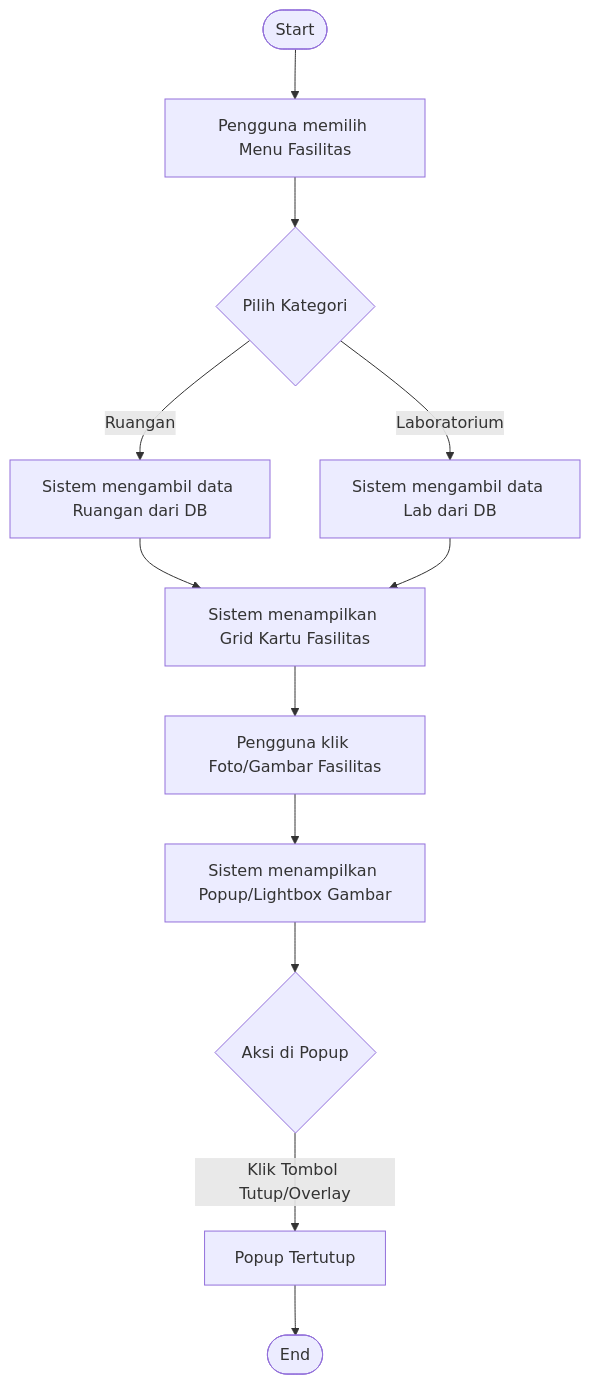
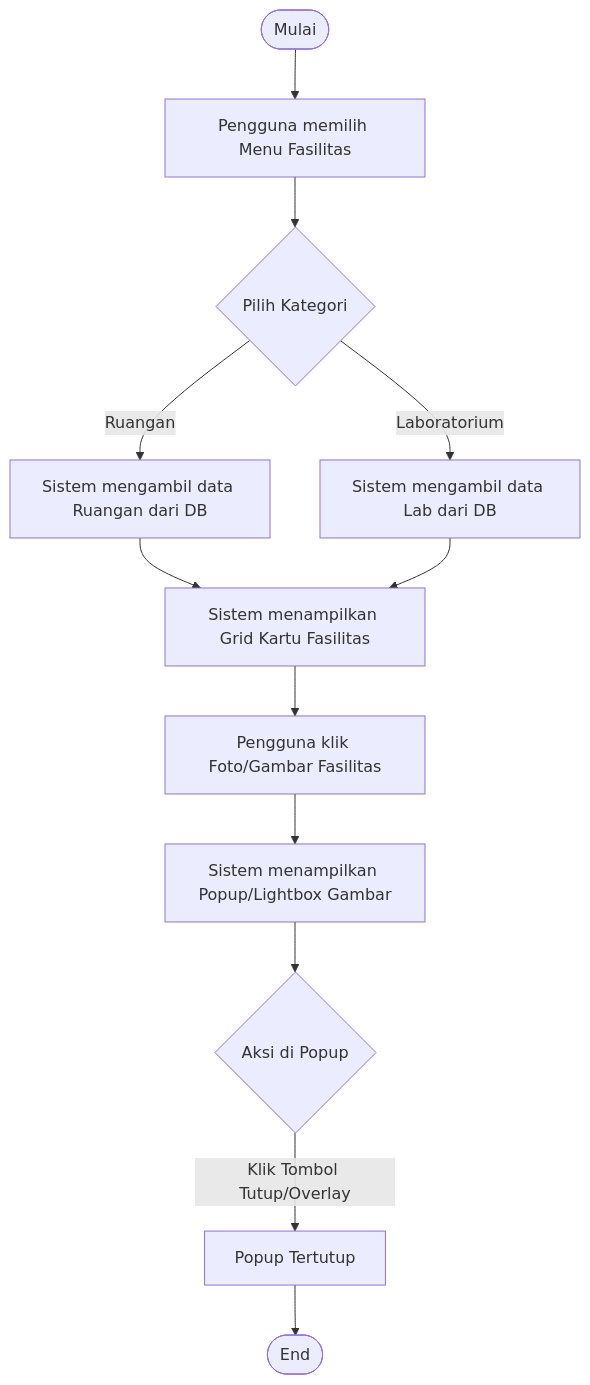
The first of 2 diagrams in docs/activity_diagram_fasilitas.md (arbain-dev/Web_fikom), drawn with Mermaid before and after one commit. The commit also changed other lines of this file and 7 other files, not shown here.

Commit message:
docs: standarisasi semua awal flowchart diagram menjadi 'Mulai'

````diff
--- a/docs/activity_diagram_fasilitas.md
+++ b/docs/activity_diagram_fasilitas.md
@@ -11,18 +11,18 @@
 ```mermaid
 flowchart TD
-    Start([Start]) --> OpenMenu[Pengguna memilih Menu Fasilitas]
+    Mulai([Mulai]) --> OpenMenu[Pengguna memilih Menu Fasilitas]
     OpenMenu --> Choice{Pilih Kategori}
     
     Choice -- "Ruangan" --> FetchRuangan[Sistem mengambil data Ruangan dari DB]
     Choice -- "Laboratorium" --> FetchLab[Sistem mengambil data Lab dari DB]
     
     FetchRuangan --> ShowGrid[Sistem menampilkan Grid Kartu Fasilitas]
     FetchLab --> ShowGrid
     
     ShowGrid --> ClickImage[Pengguna klik Foto/Gambar Fasilitas]
     ClickImage --> ShowPopup[Sistem menampilkan Popup/Lightbox Gambar]
     
     ShowPopup --> Interaction{Aksi di Popup}
     Interaction -- "Klik Tombol Tutup/Overlay" --> ClosePopup[Popup Tertutup]
     ClosePopup --> End([End])
 ```
````
